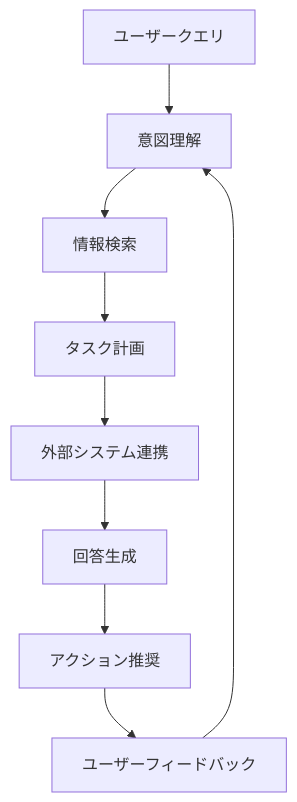
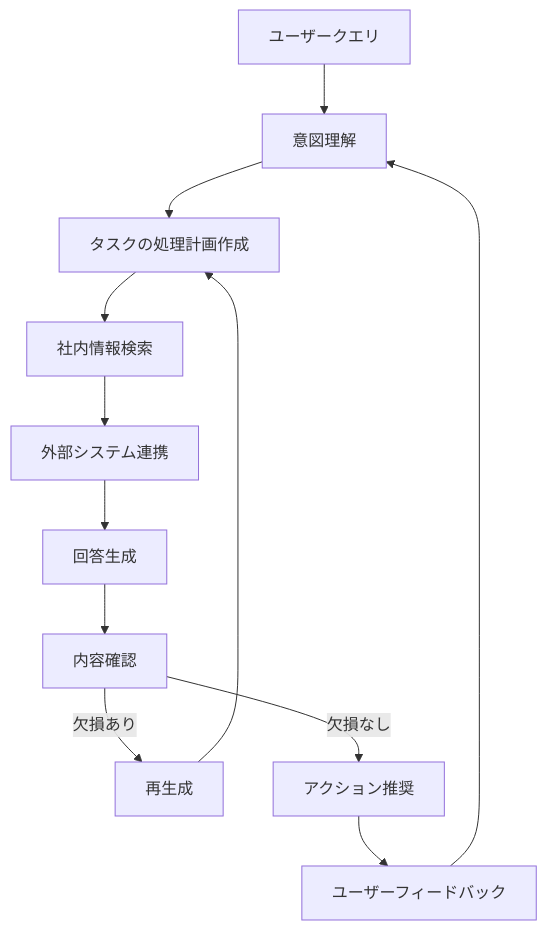
Before and after one commit to matsuni-kk/BMS: the sixth of 7 diagrams in workspace/business_tasks_workspace/projects/company_ai_promotion/archive/documents/manuals/rag_handson_guide.md, drawn with Mermaid. The commit also changed other lines of this file and 1 other file, not shown here.

````diff
--- a/workspace/business_tasks_workspace/projects/company_ai_promotion/archive/documents/manuals/rag_handson_guide.md
+++ b/workspace/business_tasks_workspace/projects/company_ai_promotion/archive/documents/manuals/rag_handson_guide.md
@@ -206,11 +314,14 @@
 ```mermaid
 graph TD
     A[ユーザークエリ] --> B[意図理解]
-    B --> C[情報検索]
-    C --> D[タスク計画]
+    B --> C[タスクの処理計画作成]
+    C --> D[社内情報検索]
     D --> E[外部システム連携]
     E --> F[回答生成]
-    F --> G[アクション推奨]
-    G --> H[ユーザーフィードバック]
-    H --> B
+    F --> G[内容確認]
+    G -->|欠損あり| H[再生成]
+    G -->|欠損なし| I[アクション推奨]
+    H --> C
+    I --> J[ユーザーフィードバック]
+    J --> B
 ```
````
